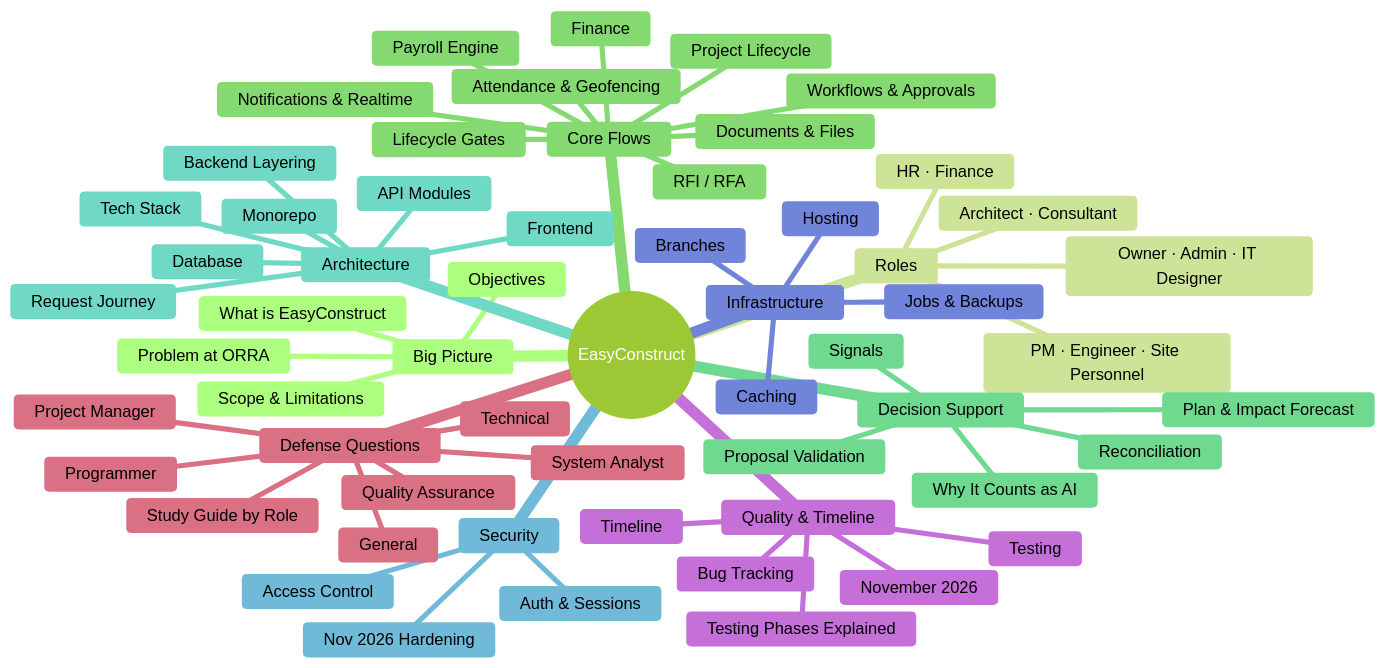
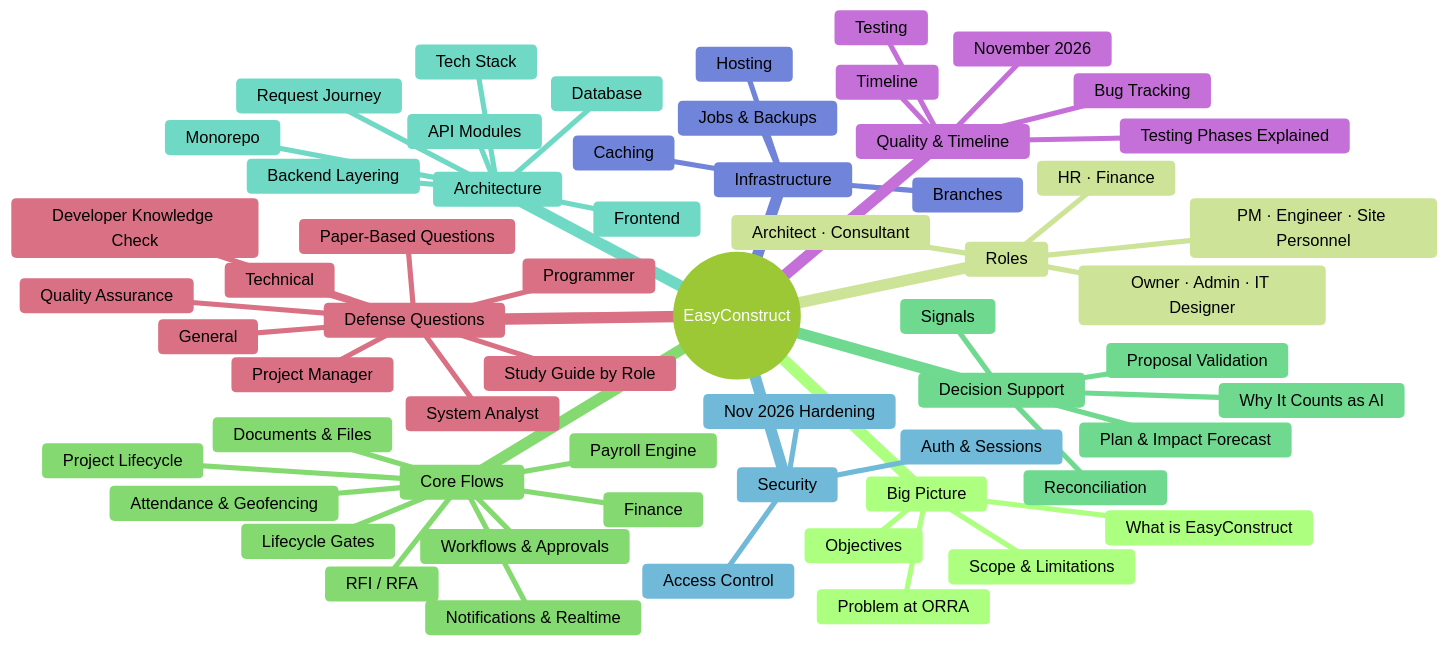
Before and after one commit to nhyl-beta/easyconstruct-wiki: the diagram in content/index.md, drawn with Mermaid (forest theme). The commit also changed other lines of this file and 8 other files, not shown here.

Commit message:
Add paper-based questions and developer knowledge check

````diff
--- a/content/index.md
+++ b/content/index.md
@@ -29,61 +30,63 @@
 ```mermaid
 mindmap
   root((EasyConstruct))
     Big Picture
       What is EasyConstruct
       Problem at ORRA
       Objectives
       Scope & Limitations
     Roles
       Owner · Admin · IT Designer
       PM · Engineer · Site Personnel
       Architect · Consultant
       HR · Finance
     Core Flows
       Project Lifecycle
       Lifecycle Gates
       Workflows & Approvals
       RFI / RFA
       Attendance & Geofencing
       Payroll Engine
       Finance
       Documents & Files
       Notifications & Realtime
     Decision Support
       Why It Counts as AI
       Signals
       Proposal Validation
       Plan & Impact Forecast
       Reconciliation
     Architecture
       Tech Stack
       Monorepo
       Backend Layering
       API Modules
       Frontend
       Database
       Request Journey
     Security
       Auth & Sessions
       Access Control
       Nov 2026 Hardening
     Infrastructure
       Hosting
       Jobs & Backups
       Caching
       Branches
     Quality & Timeline
       Testing
       Testing Phases Explained
       Bug Tracking
       Timeline
       November 2026
     Defense Questions
       Study Guide by Role
+      Paper-Based Questions
+      Developer Knowledge Check
       General
       Technical
       Project Manager
       Programmer
       Quality Assurance
       System Analyst
 ```
````
